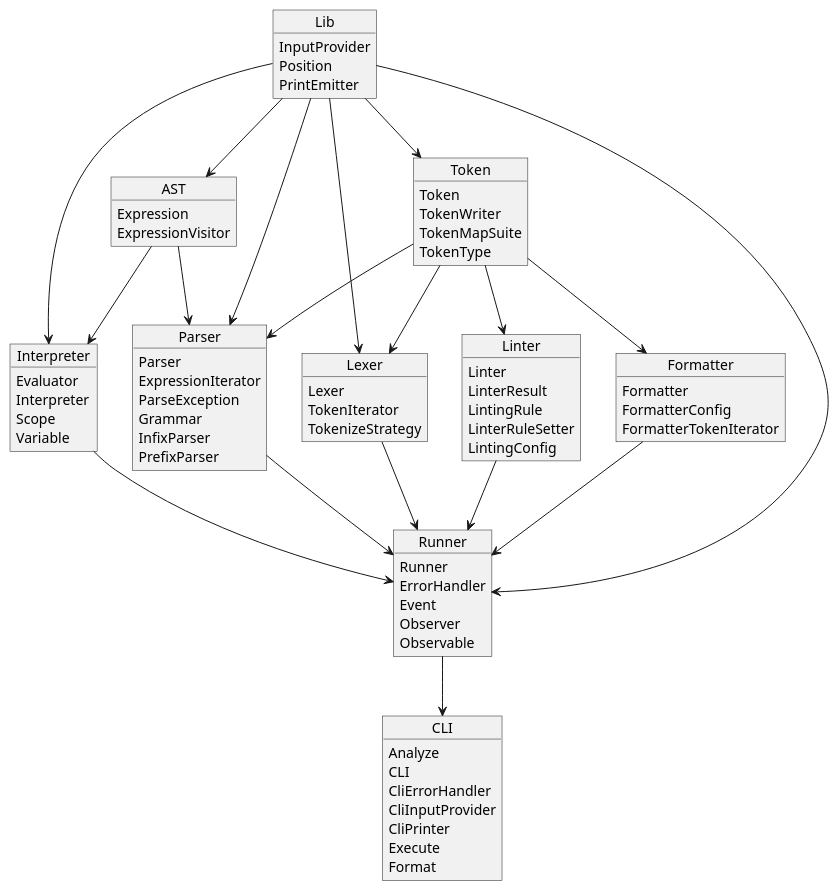
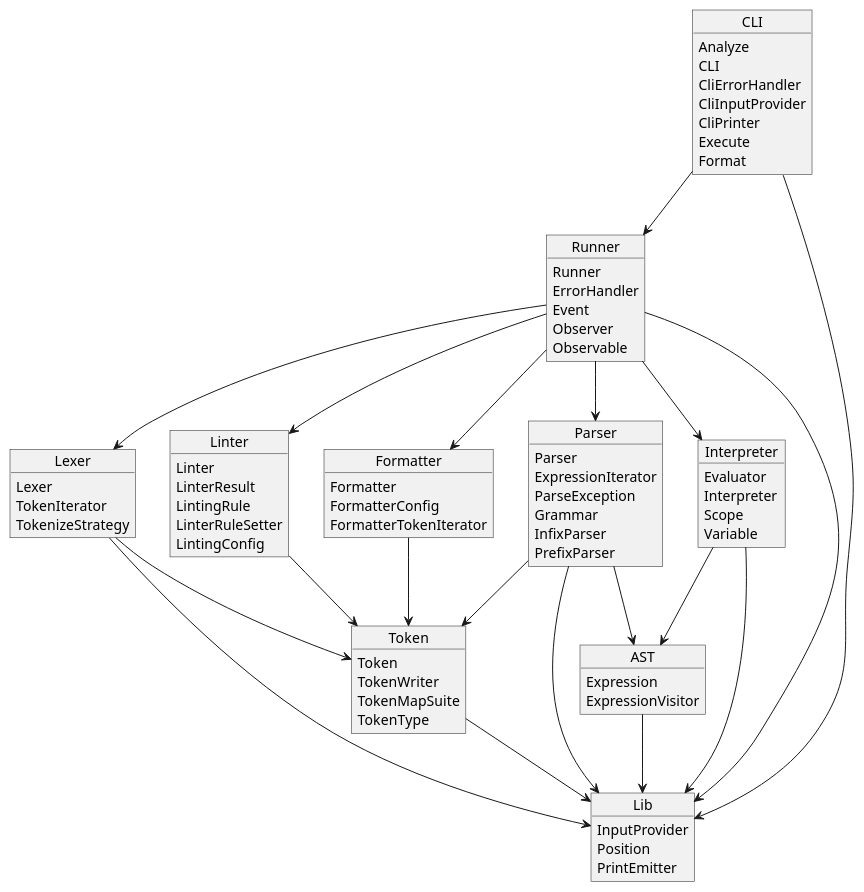
The diagram in PrintScriptUML2.puml (IngSis15/PrintScript), drawn with PlantUML before and after one commit. The commit also changed 22 other files, not shown here.

Commit message:
More formatter runner tests

```diff
--- a/PrintScriptUML2.puml
+++ b/PrintScriptUML2.puml
@@ -1,89 +1,87 @@
 @startuml
 'https://plantuml.com/object-diagram
 
 object Lexer{
     Lexer
     TokenIterator
     TokenizeStrategy
 }
 object Interpreter{
     Evaluator
     Interpreter
     Scope
     Variable
 }
 object Runner{
     Runner
     ErrorHandler
     Event
     Observer
     Observable
 }
 object Parser{
     Parser
     ExpressionIterator
     ParseException
     Grammar
     InfixParser
     PrefixParser
 }
 object Token{
     Token
     TokenWriter
     TokenMapSuite
     TokenType
 }
 object AST{
     Expression
     ExpressionVisitor
 }
 object CLI{
     Analyze
     CLI
     CliErrorHandler
     CliInputProvider
     CliPrinter
     Execute
     Format
 }
 object Linter{
     Linter
     LinterResult
     LintingRule
     LinterRuleSetter
     LintingConfig
 }
 object Formatter{
     Formatter
     FormatterConfig
     FormatterTokenIterator
     }
 object Lib{
     InputProvider
     Position
     PrintEmitter
 }
 
-Interpreter -down-> Runner
-Parser -down-> Runner
-Linter -down-> Runner
-Formatter -down-> Runner
-Lexer -down-> Runner
-Runner -down-> CLI
-Token -down-> Lexer
-Token -down-> Parser
-Token -down-> Formatter
-Token -down-> Linter
-AST -down-> Parser
-AST -down-> Interpreter
-Lib -down-> Token
-Lib -down-> AST
-Lib -down-> Runner
-Lib -down-> Interpreter
-Lib -down-> Parser
-Lib -down-> Lexer
-
-
-
+Runner -down-> Interpreter
+Runner -down-> Parser
+Runner -down-> Linter
+Runner -down-> Formatter
+Runner -down-> Lexer
+CLI -down-> Runner
+Lexer -down-> Token
+Parser -down-> Token
+Formatter -down-> Token
+Linter -down-> Token
+Parser -down-> AST
+Interpreter -down-> AST
+Token -down-> Lib
+AST -down-> Lib
+Runner -down-> Lib
+Interpreter -down-> Lib
+Parser -down-> Lib
+Lexer -down-> Lib
+CLI -down-> Lib
 
 @enduml
```
